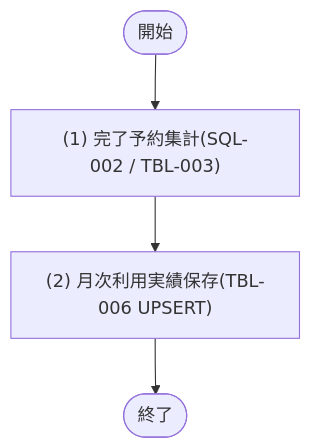
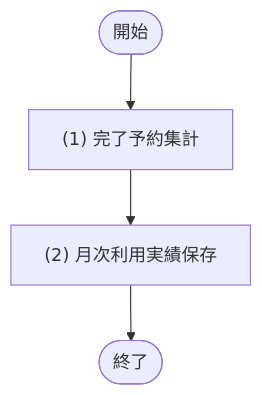
One commit to sikakou54/system-document-template changed the first of 3 diagrams in docs/02_機能設計/05_モジュール設計/MOD-005_利用実績サービス.md. Above: the diagram before and after it, drawn with Mermaid. The commit also changed other lines of this file and 128 other files, not shown here.

````diff
--- a/docs/02_機能設計/05_モジュール設計/MOD-005_利用実績サービス.md
+++ b/docs/02_機能設計/05_モジュール設計/MOD-005_利用実績サービス.md
@@ -32,9 +46,9 @@
 ```mermaid
 flowchart TD
   Start([開始])
-  P1["(1) 完了予約集計(SQL-002 / TBL-003)"]
-  P2["(2) 月次利用実績保存(TBL-006 UPSERT)"]
+  P1["(1) 完了予約集計"]
+  P2["(2) 月次利用実績保存"]
   End([終了])
 
   Start --> P1 --> P2 --> End
 ```
````
